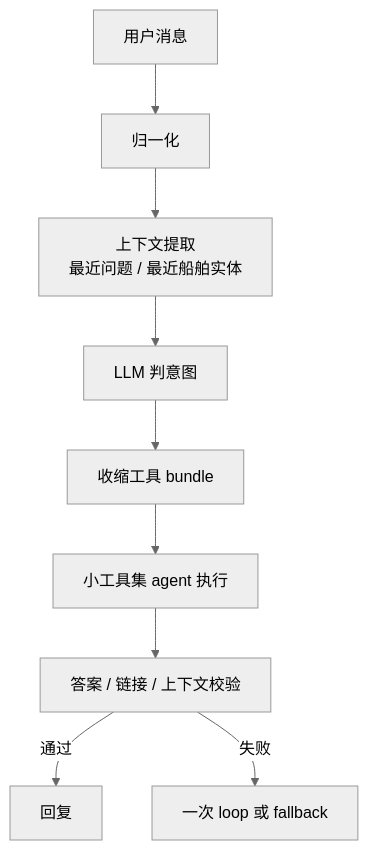
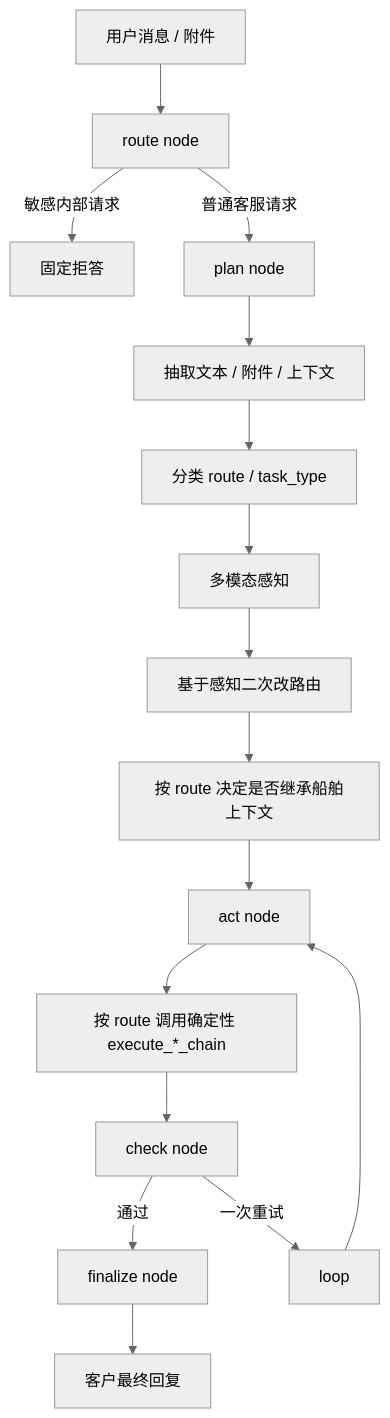
The third of 7 diagrams in docs/AGENT_TECHNICAL_DOCUMENTATION.md (lr12338/hifleet-agent), drawn with Mermaid (neutral theme) before and after one commit. The commit also changed other lines of this file and 35 other files, not shown here.

````diff
--- a/docs/AGENT_TECHNICAL_DOCUMENTATION.md
+++ b/docs/AGENT_TECHNICAL_DOCUMENTATION.md
@@ -74,11 +93,18 @@
 ```mermaid
 flowchart TD
-    Msg[用户消息] --> Clean[归一化]
-    Clean --> Context[上下文提取<br/>最近问题 / 最近船舶实体]
-    Context --> Plan[LLM 判意图]
-    Plan --> Bundle[收缩工具 bundle]
-    Bundle --> Act[小工具集 agent 执行]
-    Act --> Check[答案 / 链接 / 上下文校验]
-    Check -->|通过| Reply[回复]
-    Check -->|失败| Retry[一次 loop 或 fallback]
+    Msg[用户消息 / 附件] --> RouteNode[route node]
+    RouteNode -->|敏感内部请求| Refuse[固定拒答]
+    RouteNode -->|普通客服请求| PlanNode[plan node]
+    PlanNode --> Context[抽取文本 / 附件 / 上下文]
+    Context --> Intent[分类 route / task_type]
+    Intent --> Perception[多模态感知]
+    Perception --> Refine[基于感知二次改路由]
+    Refine --> Resolve[按 route 决定是否继承船舶上下文]
+    Resolve --> ActNode[act node]
+    ActNode --> Harness[按 route 调用确定性 execute_*_chain]
+    Harness --> CheckNode[check node]
+    CheckNode -->|通过| Finalize[finalize node]
+    CheckNode -->|一次重试| Loop[loop]
+    Loop --> ActNode
+    Finalize --> Reply[客户最终回复]
 ```
````
